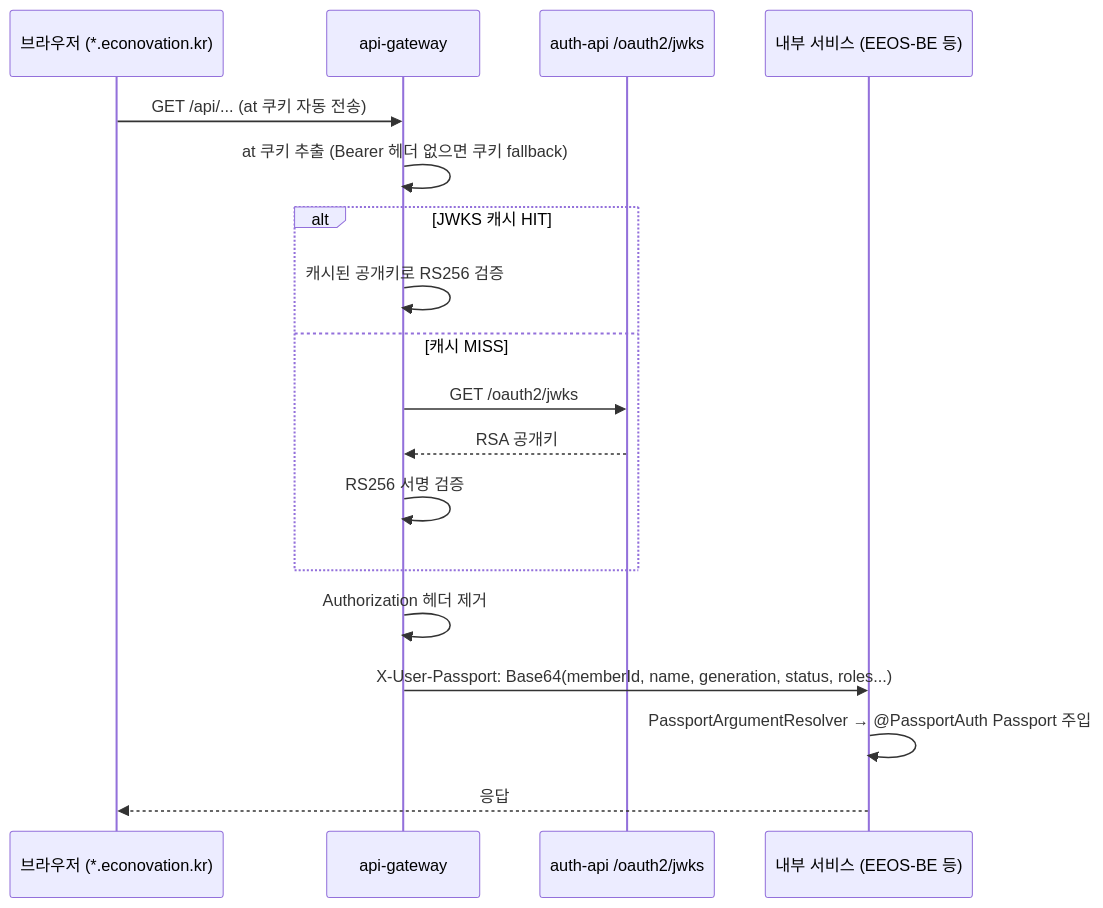
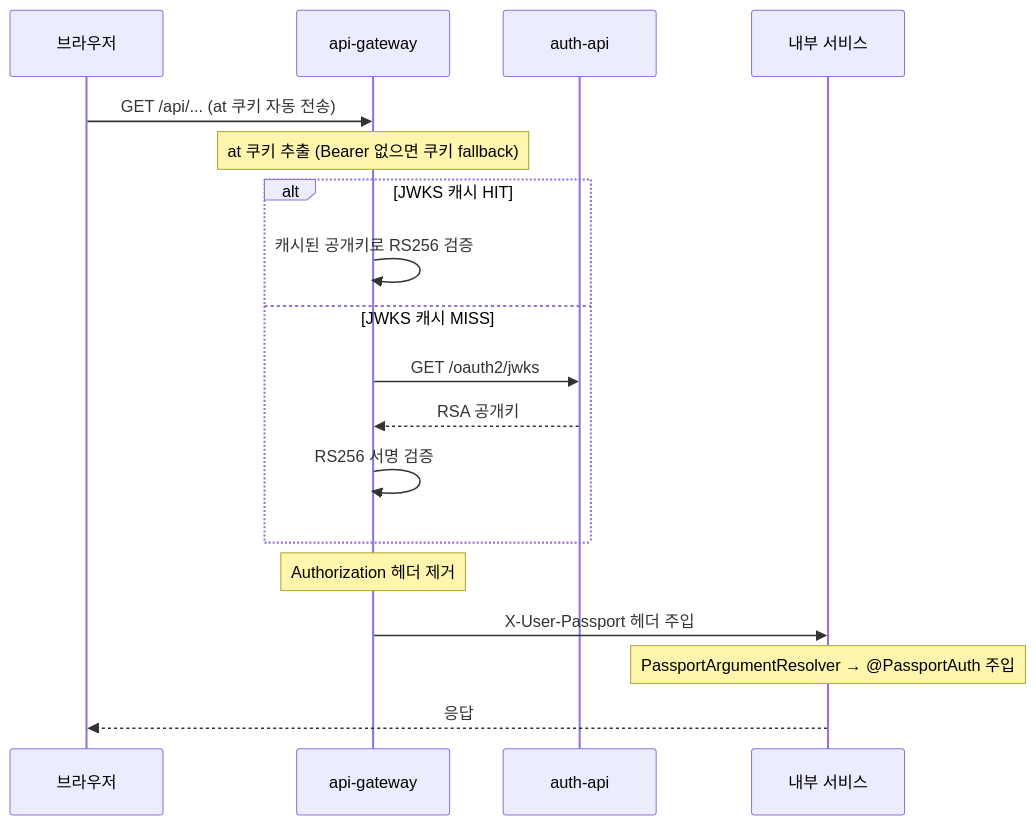
The second of 6 diagrams in docs/SEQUENCE-DIAGRAMS.md (JNU-econovation/auth-common), drawn with Mermaid before and after one commit. The commit also changed other lines of this file, not shown here.

Commit message:
docs: Mermaid 호환성 수정 (br 태그, rect rgb 제거)

````diff
--- a/docs/SEQUENCE-DIAGRAMS.md
+++ b/docs/SEQUENCE-DIAGRAMS.md
@@ -21,23 +22,23 @@
 ```mermaid
 sequenceDiagram
-    participant C as 브라우저 (*.econovation.kr)
+    participant C as 브라우저
     participant GW as api-gateway
-    participant JWKS as auth-api /oauth2/jwks
-    participant SVC as 내부 서비스 (EEOS-BE 등)
+    participant AUTH as auth-api
+    participant SVC as 내부 서비스
 
     C->>GW: GET /api/... (at 쿠키 자동 전송)
-    GW->>GW: at 쿠키 추출 (Bearer 헤더 없으면 쿠키 fallback)
+    Note over GW: at 쿠키 추출 (Bearer 없으면 쿠키 fallback)
 
     alt JWKS 캐시 HIT
         GW->>GW: 캐시된 공개키로 RS256 검증
-    else 캐시 MISS
-        GW->>JWKS: GET /oauth2/jwks
-        JWKS-->>GW: RSA 공개키
+    else JWKS 캐시 MISS
+        GW->>AUTH: GET /oauth2/jwks
+        AUTH-->>GW: RSA 공개키
         GW->>GW: RS256 서명 검증
     end
 
-    GW->>GW: Authorization 헤더 제거
-    GW->>SVC: X-User-Passport: Base64(memberId, name, generation, status, roles...)
-    SVC->>SVC: PassportArgumentResolver → @PassportAuth Passport 주입
+    Note over GW: Authorization 헤더 제거
+    GW->>SVC: X-User-Passport 헤더 주입
+    Note over SVC: PassportArgumentResolver → @PassportAuth 주입
     SVC-->>C: 응답
 ```
````
